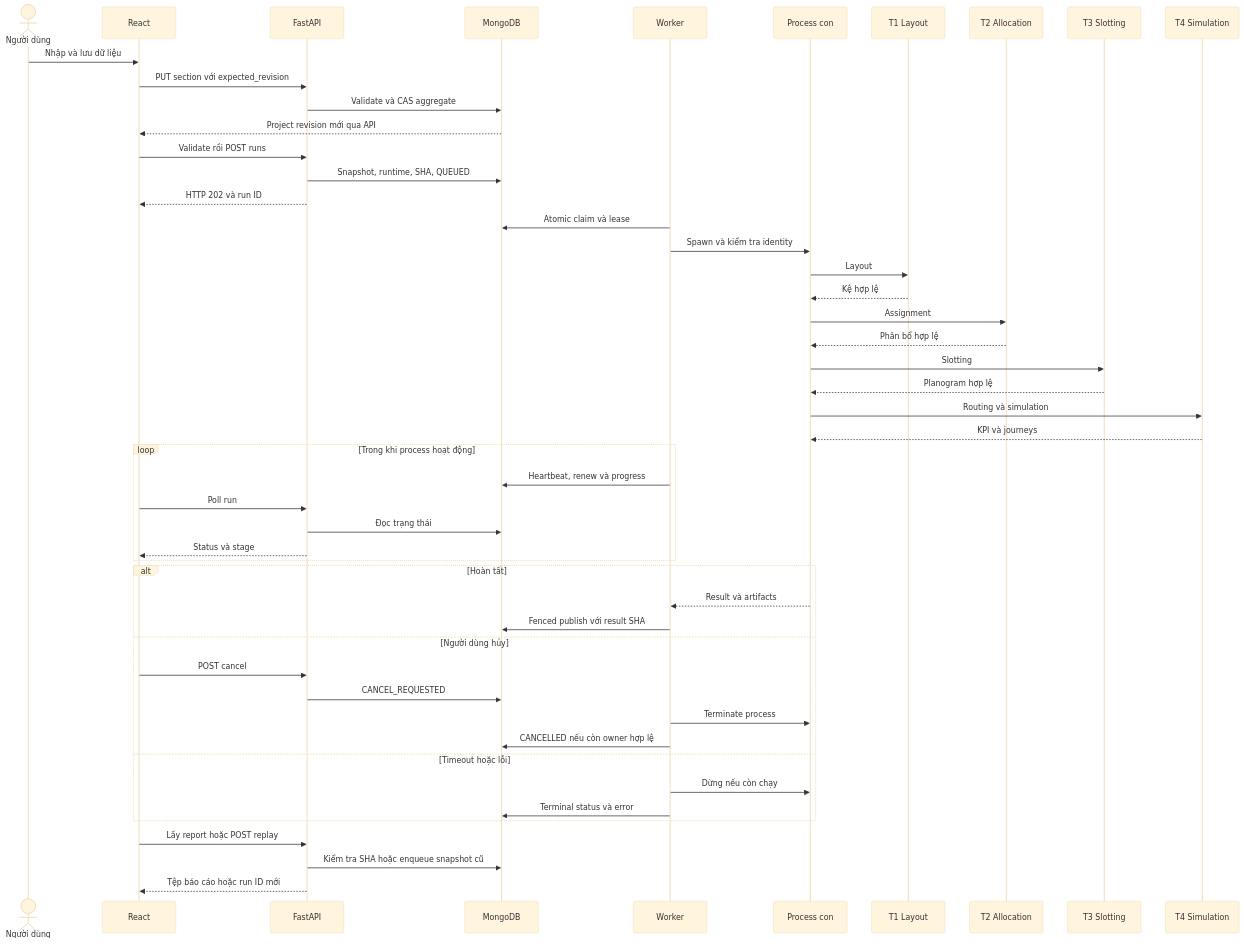
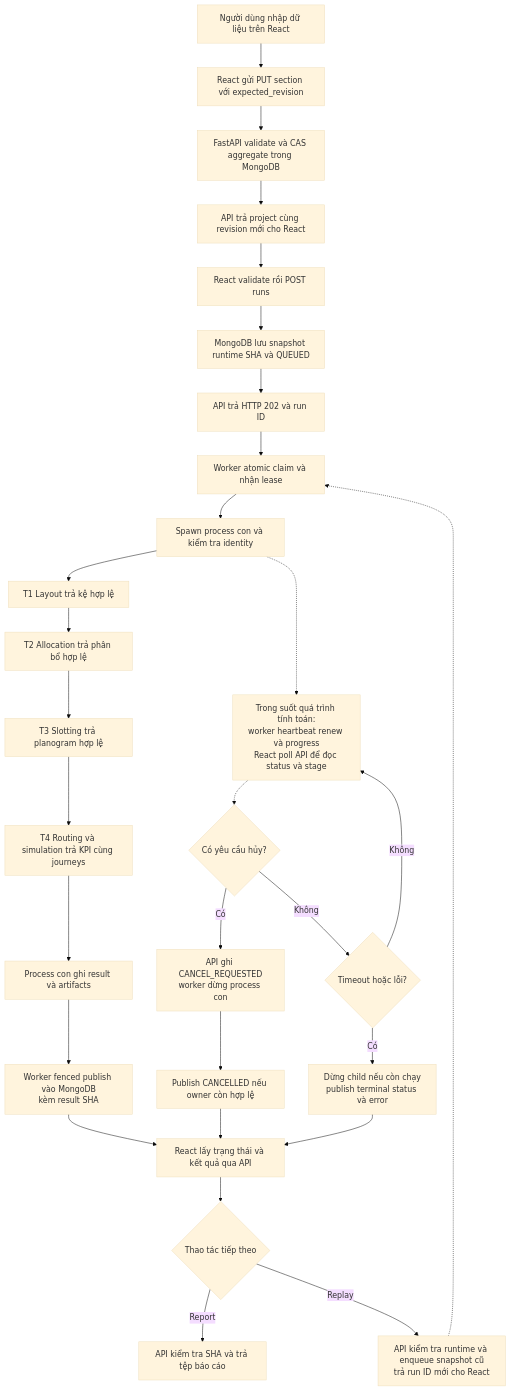
Diagram 13 of 17 in README.md (THANHTAI2004/Smart_Retail_Floor_Allocation), drawn with Mermaid (base theme) before and after one commit. The commit also changed other lines of this file, not shown here.

````diff
--- a/README.md
+++ b/README.md
@@ -762,51 +763,32 @@
 ```mermaid
-sequenceDiagram
-  actor U as Người dùng
-  participant UI as React
-  participant API as FastAPI
-  participant DB as MongoDB
-  participant W as Worker
-  participant C as Process con
-  participant T1 as T1 Layout
-  participant T2 as T2 Allocation
-  participant T3 as T3 Slotting
-  participant T4 as T4 Simulation
-  U->>UI: Nhập và lưu dữ liệu
-  UI->>API: PUT section với expected_revision
-  API->>DB: Validate và CAS aggregate
-  DB-->>UI: Project revision mới qua API
-  UI->>API: Validate rồi POST runs
-  API->>DB: Snapshot, runtime, SHA, QUEUED
-  API-->>UI: HTTP 202 và run ID
-  W->>DB: Atomic claim và lease
-  W->>C: Spawn và kiểm tra identity
-  C->>T1: Layout
-  T1-->>C: Kệ hợp lệ
-  C->>T2: Assignment
-  T2-->>C: Phân bổ hợp lệ
-  C->>T3: Slotting
-  T3-->>C: Planogram hợp lệ
-  C->>T4: Routing và simulation
-  T4-->>C: KPI và journeys
-  loop Trong khi process hoạt động
-    W->>DB: Heartbeat, renew và progress
-    UI->>API: Poll run
-    API->>DB: Đọc trạng thái
-    API-->>UI: Status và stage
-  end
-  alt Hoàn tất
-    C-->>W: Result và artifacts
-    W->>DB: Fenced publish với result SHA
-  else Người dùng hủy
-    UI->>API: POST cancel
-    API->>DB: CANCEL_REQUESTED
-    W->>C: Terminate process
-    W->>DB: CANCELLED nếu còn owner hợp lệ
-  else Timeout hoặc lỗi
-    W->>C: Dừng nếu còn chạy
-    W->>DB: Terminal status và error
-  end
-  UI->>API: Lấy report hoặc POST replay
-  API->>DB: Kiểm tra SHA hoặc enqueue snapshot cũ
-  API-->>UI: Tệp báo cáo hoặc run ID mới
+flowchart TD
+  USER[Người dùng nhập dữ liệu trên React]
+  USER --> SAVE[React gửi PUT section với expected_revision]
+  SAVE --> CAS[FastAPI validate và CAS aggregate trong MongoDB]
+  CAS --> REV[API trả project cùng revision mới cho React]
+  REV --> START[React validate rồi POST runs]
+  START --> SNAP[MongoDB lưu snapshot runtime SHA và QUEUED]
+  SNAP --> ACCEPT[API trả HTTP 202 và run ID]
+  ACCEPT --> CLAIM[Worker atomic claim và nhận lease]
+  CLAIM --> SPAWN[Spawn process con và kiểm tra identity]
+  SPAWN --> T1[T1 Layout trả kệ hợp lệ]
+  T1 --> T2[T2 Allocation trả phân bổ hợp lệ]
+  T2 --> T3[T3 Slotting trả planogram hợp lệ]
+  T3 --> T4[T4 Routing và simulation trả KPI cùng journeys]
+  SPAWN -.-> MONITOR[Trong suốt quá trình tính toán:<br/>worker heartbeat renew và progress<br/>React poll API để đọc status và stage]
+  MONITOR -.-> CANCEL{Có yêu cầu hủy?}
+  CANCEL -->|Có| STOP[API ghi CANCEL_REQUESTED<br/>worker dừng process con]
+  STOP --> CANCELLED[Publish CANCELLED nếu owner còn hợp lệ]
+  CANCEL -->|Không| LIMIT{Timeout hoặc lỗi?}
+  LIMIT -->|Có| ERROR[Dừng child nếu còn chạy<br/>publish terminal status và error]
+  LIMIT -->|Không| MONITOR
+  T4 --> RESULT[Process con ghi result và artifacts]
+  RESULT --> PUBLISH[Worker fenced publish vào MongoDB<br/>kèm result SHA]
+  PUBLISH --> VIEW[React lấy trạng thái và kết quả qua API]
+  CANCELLED --> VIEW
+  ERROR --> VIEW
+  VIEW --> ACTION{Thao tác tiếp theo}
+  ACTION -->|Report| REPORT[API kiểm tra SHA và trả tệp báo cáo]
+  ACTION -->|Replay| REPLAY[API kiểm tra runtime và enqueue snapshot cũ<br/>trả run ID mới cho React]
+  REPLAY -.-> CLAIM
 ```
````
